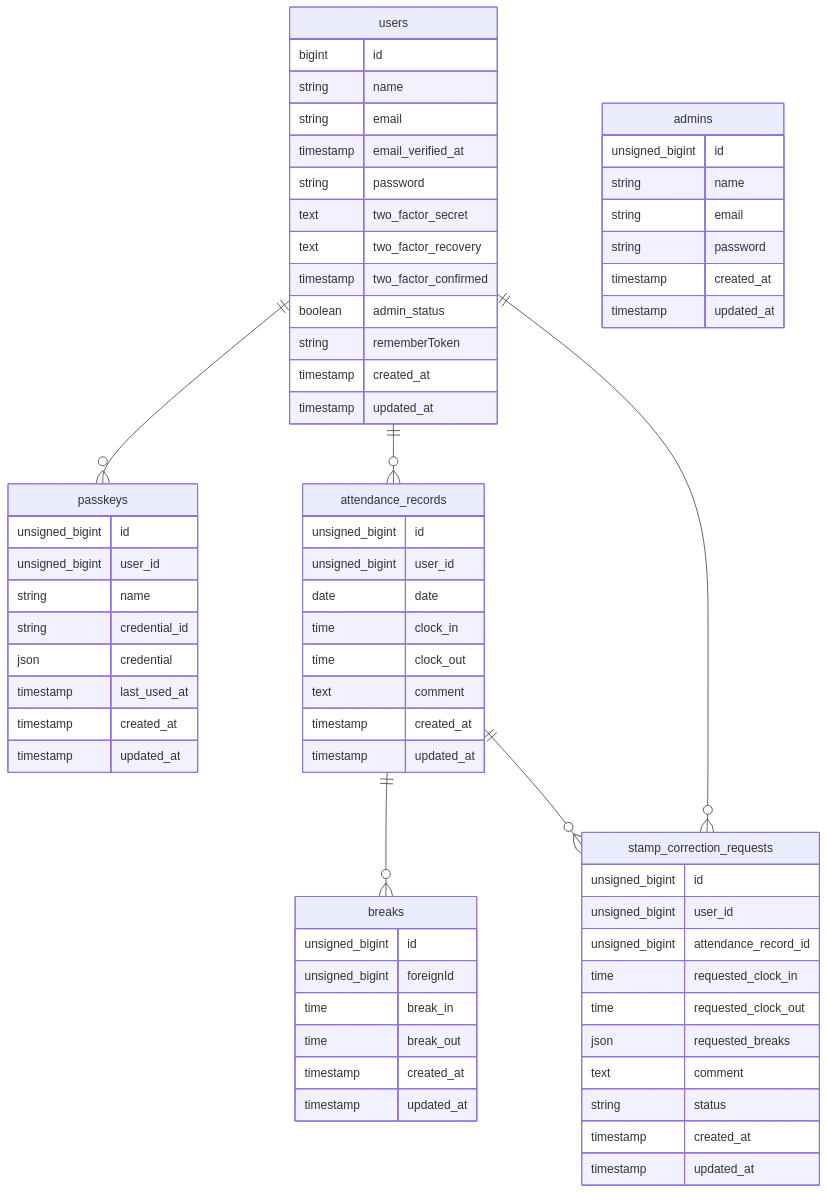
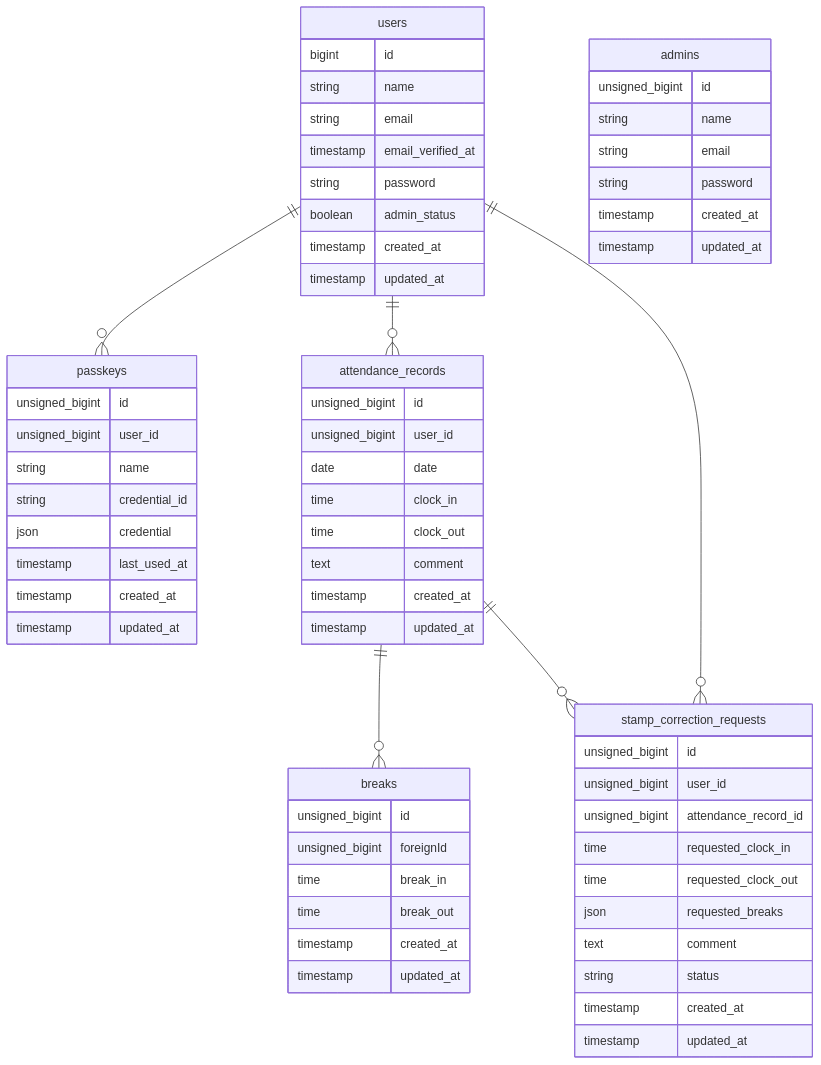
Before and after one commit to koko-chii/coachtech-attendance: the diagram in README.md, drawn with Mermaid.

Commit message:
README.md作成中

````diff
--- a/README.md
+++ b/README.md
@@ -27,77 +27,73 @@
 ```mermaid
 erDiagram
     users ||--o{ passkeys : ""
     users ||--o{ attendance_records : ""
     users ||--o{ stamp_correction_requests : ""
     attendance_records ||--o{ breaks : ""
     attendance_records ||--o{ stamp_correction_requests : ""
 
     users {
         bigint id
         string name
         string email
         timestamp email_verified_at
         string password
-        text two_factor_secret
-        text two_factor_recovery
-        timestamp two_factor_confirmed
         boolean admin_status
-        string rememberToken
         timestamp created_at
         timestamp updated_at
     }
 
     passkeys {
         unsigned_bigint id
         unsigned_bigint user_id
         string name
         string credential_id
         json credential
         timestamp last_used_at
         timestamp created_at
         timestamp updated_at
     }
 
     admins {
         unsigned_bigint id
         string name
         string email
         string password
         timestamp created_at
         timestamp updated_at
     }
 
     attendance_records {
         unsigned_bigint id
         unsigned_bigint user_id
         date date
         time clock_in
         time clock_out
         text comment
         timestamp created_at
         timestamp updated_at
     }
 
     breaks {
         unsigned_bigint id
         unsigned_bigint foreignId
         time break_in
         time break_out
         timestamp created_at
         timestamp updated_at
     }
 
     stamp_correction_requests {
         unsigned_bigint id
         unsigned_bigint user_id
         unsigned_bigint attendance_record_id
         time requested_clock_in
         time requested_clock_out
         json requested_breaks
         text comment
         string status
         timestamp created_at
         timestamp updated_at
     }
 
 ```
````
